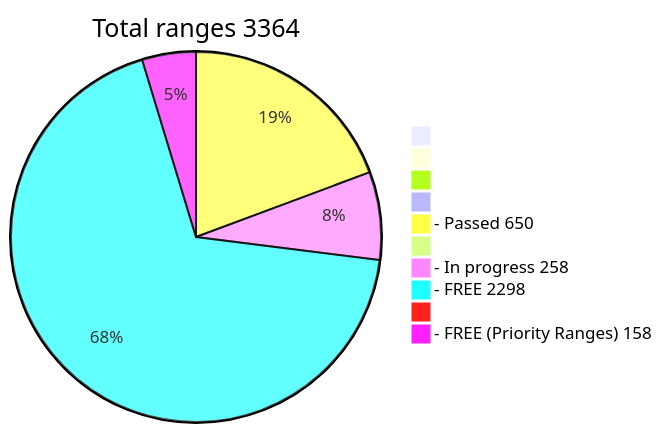
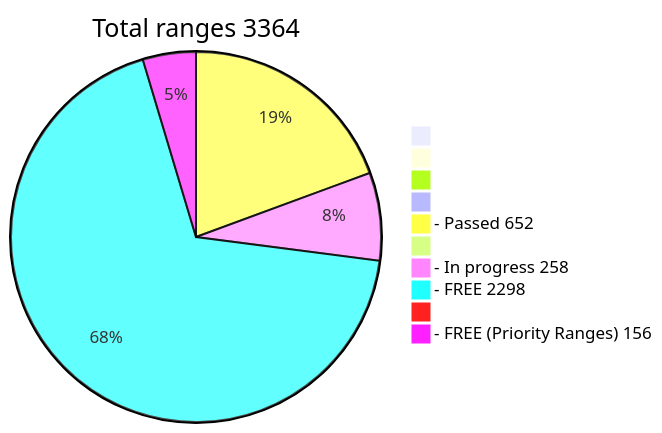
The diagram in README.md (phrutis/wif500), drawn with Mermaid before and after one commit.

````diff
--- a/README.md
+++ b/README.md
@@ -16,13 +16,13 @@
 ```mermaid
 pie title Total ranges 3364
              " " : 0
             "  " : 0
            "   " : 0
           "    " : 0
-  "- Passed 650" : 650
+  "- Passed 652" : 652
          "     " : 0
   "- In progress 258" : 258
    "- FREE 2298" : 2298
         "      " : 0
-  "- FREE (Priority Ranges) 158" : 158
+  "- FREE (Priority Ranges) 156" : 156
 ```
````
